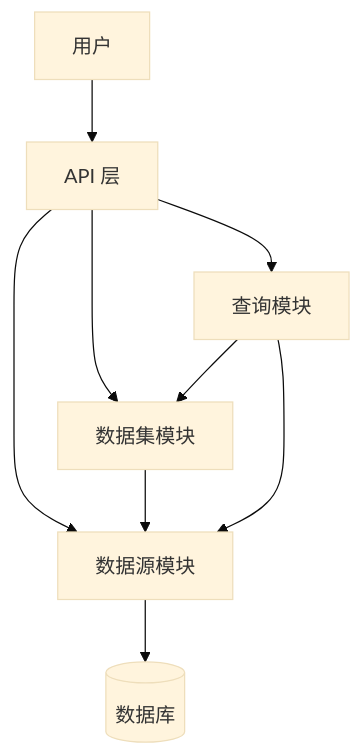
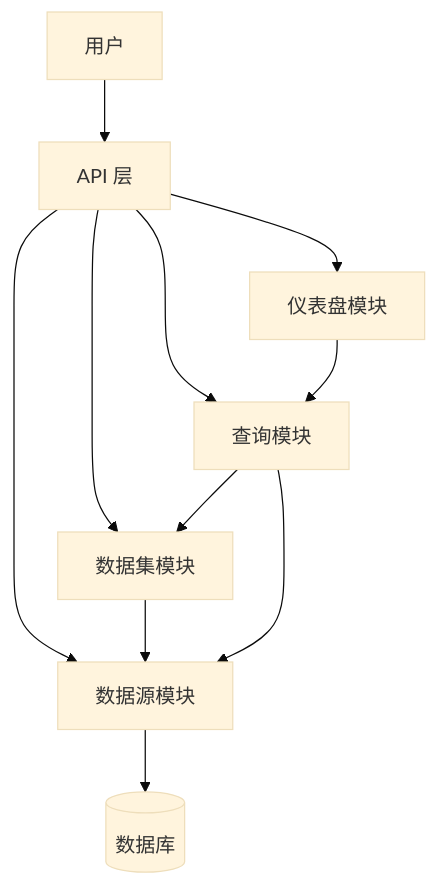
Before and after one commit to Syedar-root/seedar: the first of 2 diagrams in apps/server/docs/server-prd-overview.md, drawn with Mermaid (base theme). The commit also changed other lines of this file and 17 other files, not shown here.

````diff
--- a/apps/server/docs/server-prd-overview.md
+++ b/apps/server/docs/server-prd-overview.md
@@ -25,13 +27,15 @@
 ```mermaid
 flowchart TD
     User[用户] --> API[API 层]
     API --> Datasource[数据源模块]
     API --> Dataset[数据集模块]
     API --> Query[查询模块]
+    API --> Dashboard[仪表盘模块]
     
     Dataset --> Datasource
     Query --> Dataset
     Query --> Datasource
+    Dashboard --> Query
     
     Datasource --> DB[(数据库)]
 ```
````
